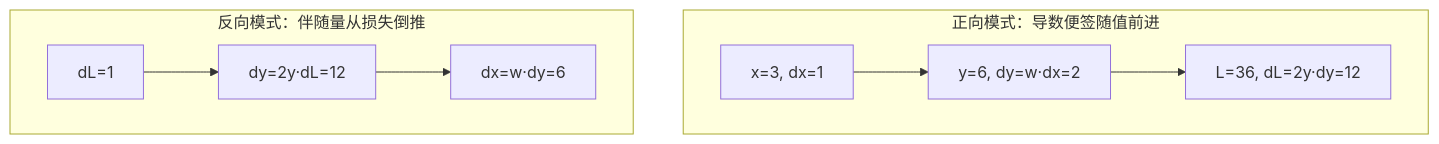
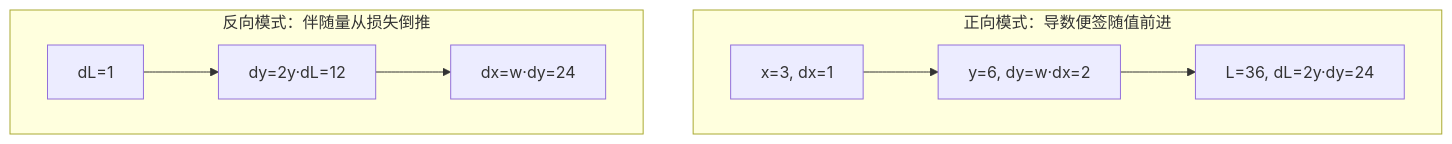
Before and after one commit to xhongduo-tech/xhongduo-tech.github.io: the second of 2 diagrams in docs/llm/autograd-two-modes.md, drawn with Mermaid. The commit also changed other lines of this file and 2 other files, not shown here.

Commit message:
Content review llm-001: fix matmul-as-layer W-row label and autograd toy gradients (24), adjudicate float32 denormal wording.

````diff
--- a/docs/llm/autograd-two-modes.md
+++ b/docs/llm/autograd-two-modes.md
@@ -46,11 +46,11 @@
 ```mermaid
 flowchart TD
   subgraph FWD["正向模式：导数便签随值前进"]
     X1["x=3, dx=1"] --> Y1["y=6, dy=w·dx=2"]
-    Y1 --> L1["L=36, dL=2y·dy=12"]
+    Y1 --> L1["L=36, dL=2y·dy=24"]
   end
   subgraph REV["反向模式：伴随量从损失倒推"]
     L2["dL=1"] --> Y2["dy=2y·dL=12"]
-    Y2 --> X2["dx=w·dy=6"]
+    Y2 --> X2["dx=w·dy=24"]
   end
 ```
````
